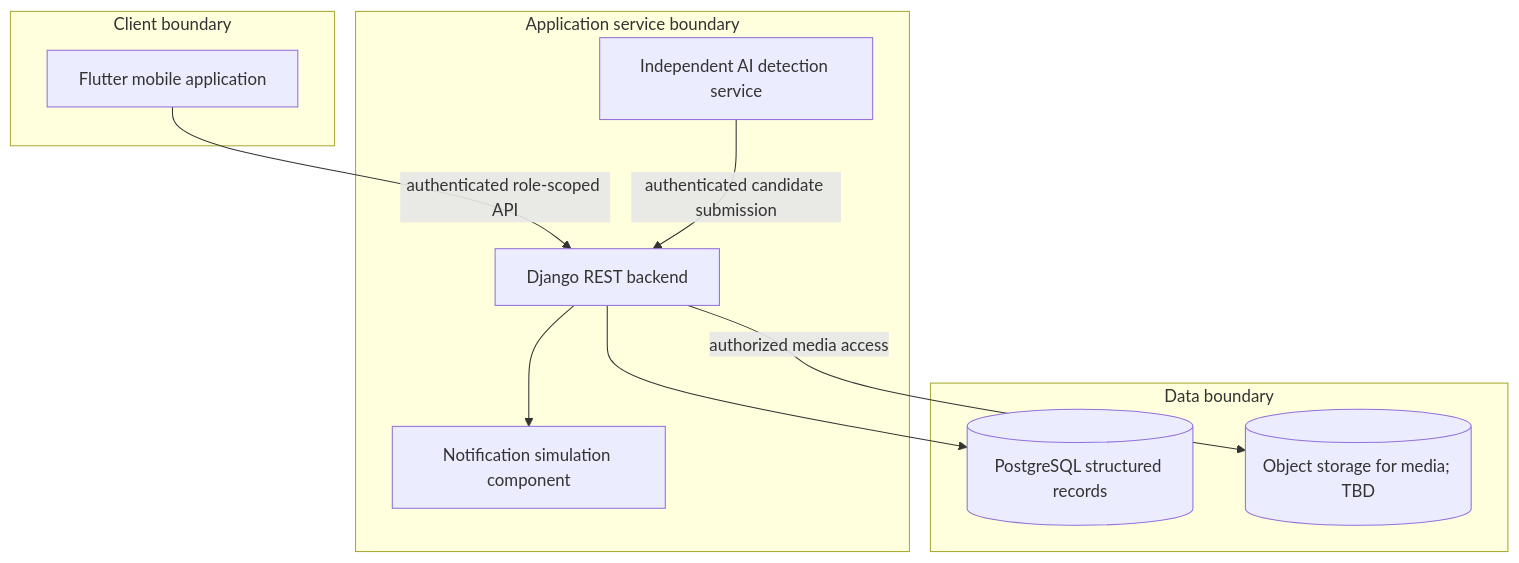
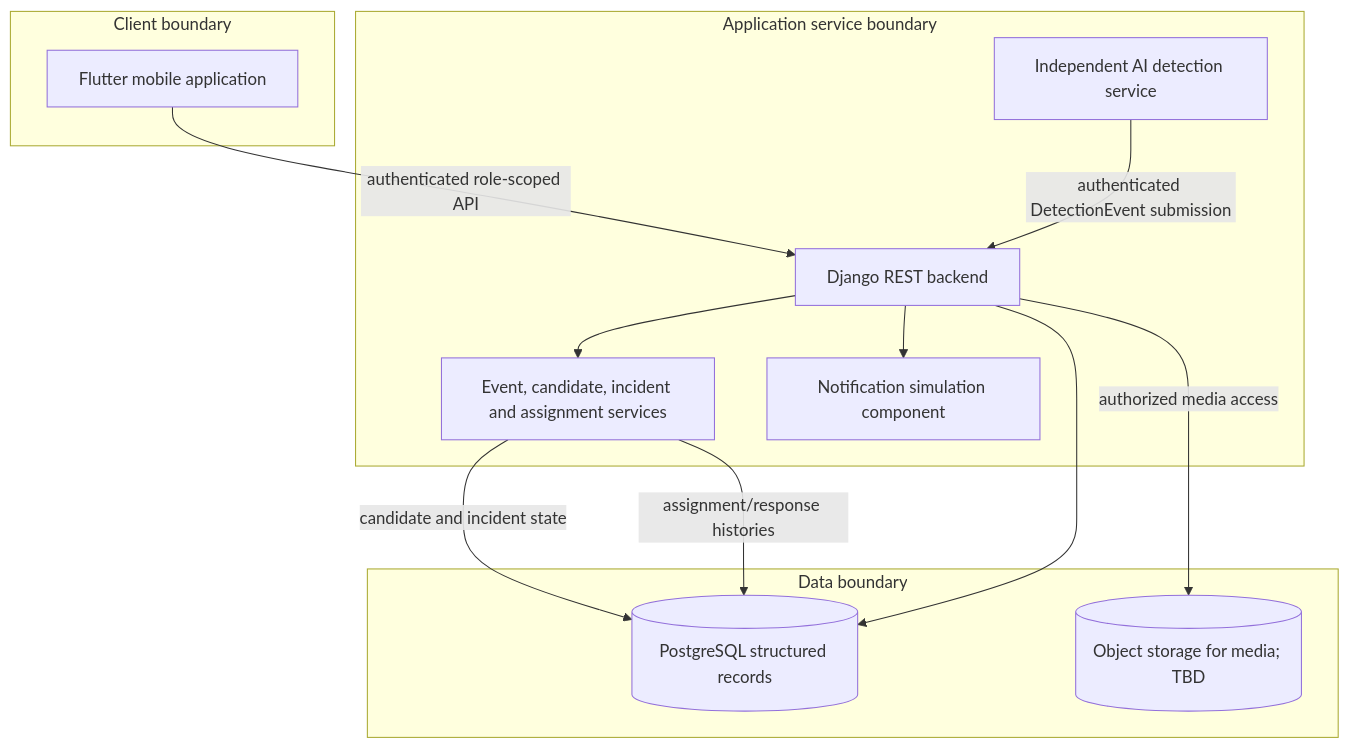
One commit to rajatchouksey615-alt/ResQVision changed the second of 3 diagrams in docs/architecture/system_architecture.md. Above: the diagram before and after it, drawn with Mermaid. The commit also changed other lines of this file and 35 other files, not shown here.

Commit message:
docs: refine system architecture and response workflows

```diff
--- a/docs/architecture/system_architecture.md
+++ b/docs/architecture/system_architecture.md
@@ -32,20 +42,24 @@
 ~~~mermaid
 flowchart TB
     subgraph Client[Client boundary]
         Mobile[Flutter mobile application]
     end
     subgraph Services[Application service boundary]
         API[Django REST backend]
         AI[Independent AI detection service]
+        Domain[Event, candidate, incident and assignment services]
         Notify[Notification simulation component]
     end
     subgraph Data[Data boundary]
         DB[(PostgreSQL structured records)]
         Store[(Object storage for media; TBD)]
     end
     Mobile -->|authenticated role-scoped API| API
-    AI -->|authenticated candidate submission| API
+    AI -->|authenticated DetectionEvent submission| API
+    API --> Domain
+    Domain -->|candidate and incident state| DB
+    Domain -->|assignment/response histories| DB
     API --> DB
     API -->|authorized media access| Store
     API --> Notify
 ~~~
```
